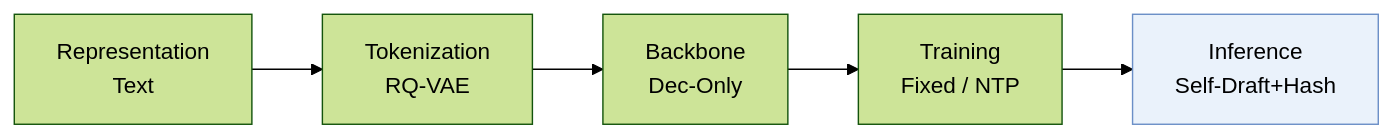
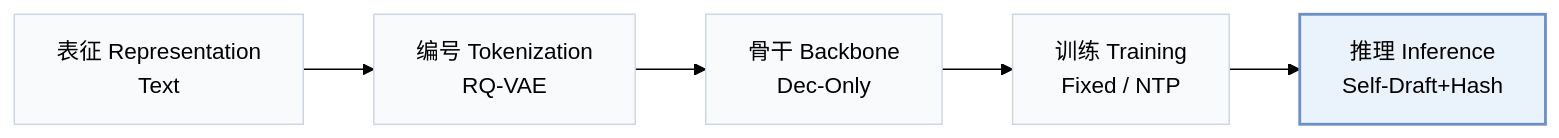
The first of 2 diagrams in pages/zh/papers/nezha.md (Galaxy-ghost/Awesome-SID-Generative-Rec), drawn with Mermaid (forest theme) before and after one commit. The commit also changed other lines of this file and 649 other files, not shown here.

Commit message:
writer-05: also tags and modality index (schema, check, build, visuals); summary field removed; calibration data for 12 papers

````diff
--- a/pages/zh/papers/nezha.md
+++ b/pages/zh/papers/nezha.md
@@ -13,6 +15,8 @@
 ```mermaid
 flowchart LR
-    R["Representation<br/>Text"] --> T["Tokenization<br/>RQ-VAE"] --> B["Backbone<br/>Dec-Only"] --> TR["Training<br/>Fixed / NTP"] --> I["Inference<br/>Self-Draft+Hash"]
-    classDef main fill:#eaf2fb,stroke:#6b8fc7
+    R["表征 Representation<br/>Text"] --> T["编号 Tokenization<br/>RQ-VAE"] --> B["骨干 Backbone<br/>Dec-Only"] --> TR["训练 Training<br/>Fixed / NTP"] --> I["推理 Inference<br/>Self-Draft+Hash"]
+    classDef base fill:#f8fafc,stroke:#cbd5e1
+    class R,T,B,TR,I base
+    classDef main fill:#eaf2fb,stroke:#6b8fc7,stroke-width:2px
     class I main
 ```
````
